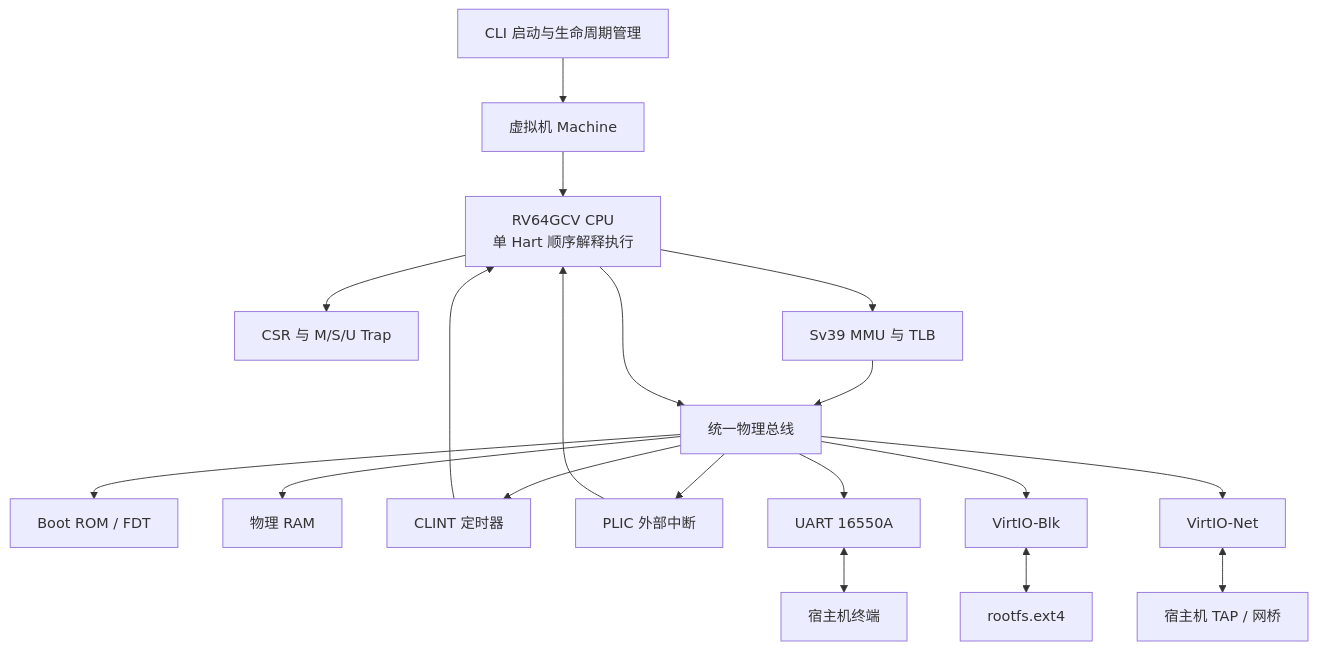
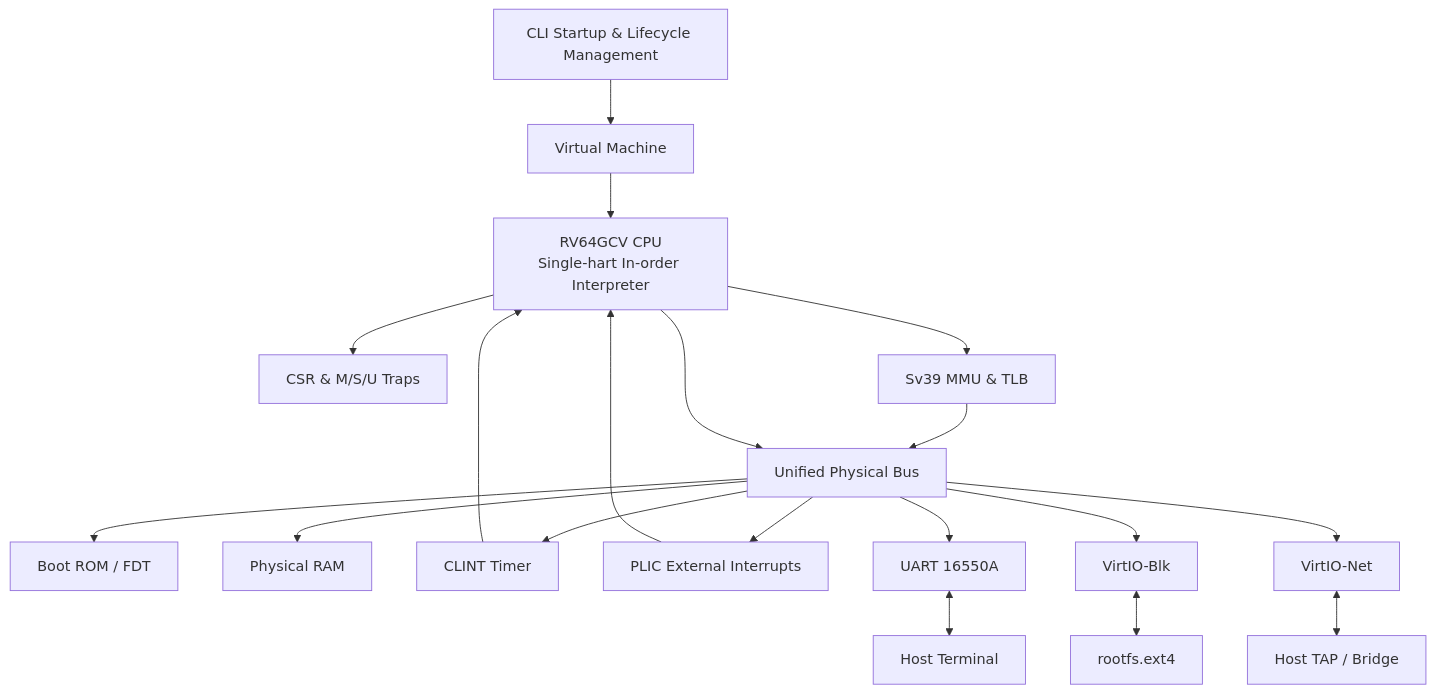
The diagram in README.md (billzi2016/homemade-risc-v-64-vector-linux-emulator), drawn with Mermaid before and after one commit. The commit also changed other lines of this file and 44 other files, not shown here.

````diff
--- a/README.md
+++ b/README.md
@@ -31,23 +31,23 @@
 ```mermaid
 flowchart TB
-    CLI[CLI 启动与生命周期管理] --> Machine[虚拟机 Machine]
-    Machine --> CPU[RV64GCV CPU<br/>单 Hart 顺序解释执行]
-    CPU --> CSR[CSR 与 M/S/U Trap]
-    CPU --> MMU[Sv39 MMU 与 TLB]
-    MMU --> Bus[统一物理总线]
+    CLI[CLI Startup & Lifecycle Management] --> Machine[Virtual Machine]
+    Machine --> CPU[RV64GCV CPU<br/>Single-hart In-order Interpreter]
+    CPU --> CSR[CSR & M/S/U Traps]
+    CPU --> MMU[Sv39 MMU & TLB]
+    MMU --> Bus[Unified Physical Bus]
     CPU --> Bus
 
     Bus --> ROM[Boot ROM / FDT]
-    Bus --> RAM[物理 RAM]
-    Bus --> CLINT[CLINT 定时器]
-    Bus --> PLIC[PLIC 外部中断]
+    Bus --> RAM[Physical RAM]
+    Bus --> CLINT[CLINT Timer]
+    Bus --> PLIC[PLIC External Interrupts]
     Bus --> UART[UART 16550A]
     Bus --> VBlk[VirtIO-Blk]
     Bus --> VNet[VirtIO-Net]
 
-    UART <--> Terminal[宿主机终端]
+    UART <--> Terminal[Host Terminal]
     VBlk <--> Disk[rootfs.ext4]
-    VNet <--> TAP[宿主机 TAP / 网桥]
+    VNet <--> TAP[Host TAP / Bridge]
     PLIC --> CPU
     CLINT --> CPU
 ```
````
